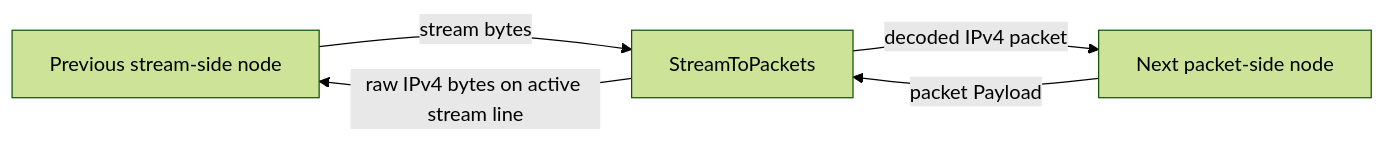
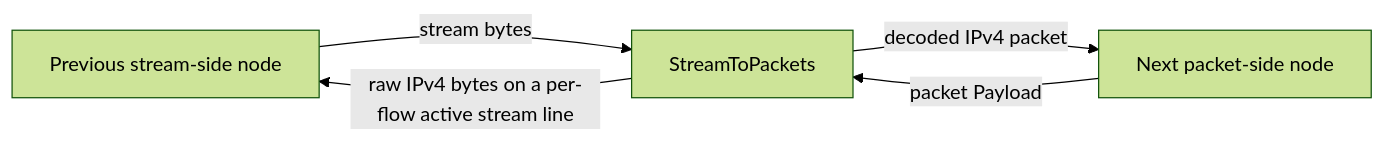
Before and after one commit to radkesvat/WaterWall-Docs: the diagram in docs/02-noderefs/StreamToPackets.mdx, drawn with Mermaid (forest theme). The commit also changed other lines of this file and 9 other files, not shown here.

````diff
--- a/docs/02-noderefs/StreamToPackets.mdx
+++ b/docs/02-noderefs/StreamToPackets.mdx
@@ -117,7 +120,7 @@
 ```mermaid
 flowchart LR
     S[Previous stream-side node] -->|stream bytes| STP[StreamToPackets]
     STP -->|decoded IPv4 packet| P[Next packet-side node]
     P -->|packet Payload| STP
-    STP -->|raw IPv4 bytes on active stream line| S
+    STP -->|raw IPv4 bytes on a per-flow active stream line| S
 ```
````
